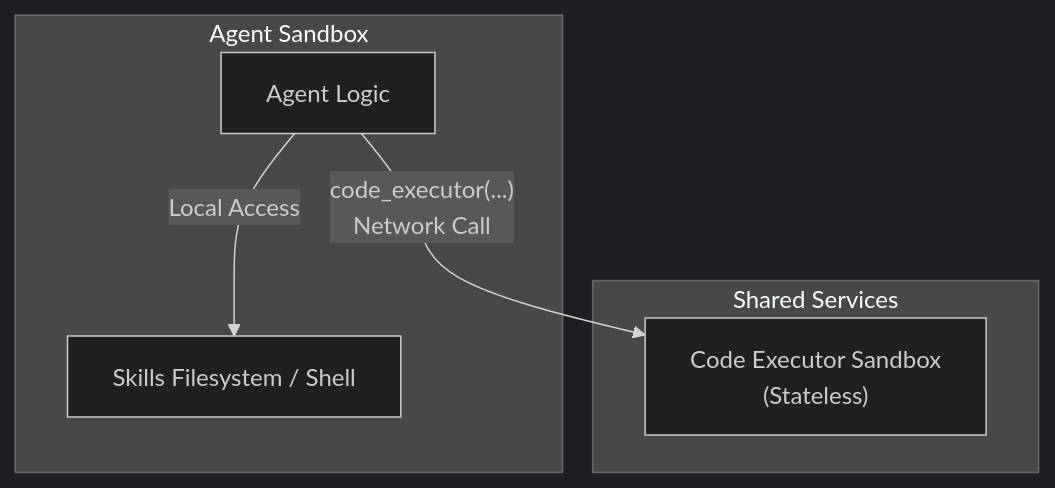
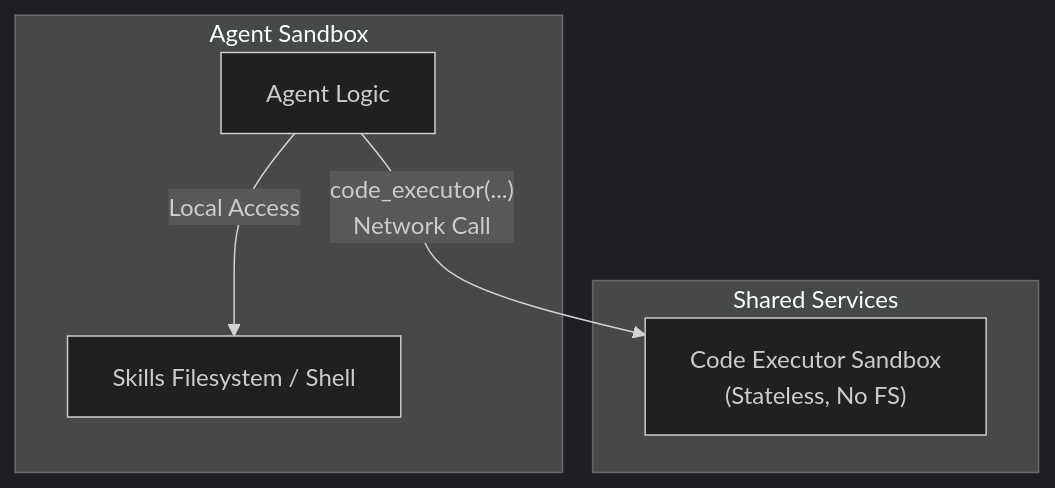
The first of 3 diagrams in designs/skills_architecture.md (supreme-gg-gg/adk-python), drawn with Mermaid (dark theme) before and after one commit. The commit also changed other lines of this file and 9 other files, not shown here.

````diff
--- a/designs/skills_architecture.md
+++ b/designs/skills_architecture.md
@@ -23,14 +22,14 @@
 ```mermaid
 graph TD
     subgraph "Agent Sandbox"
         Agent[Agent Logic]
-        SkillsFS[Skills Filesystem / Shell]
+        SkillsFS["Skills Filesystem / Shell"]
         Agent -- Local Access --> SkillsFS
     end
 
     subgraph "Shared Services"
-        CodeExecutorService["Code Executor Sandbox<br/>(Stateless)"]
+        CodeExecutorService["Code Executor Sandbox<br/>(Stateless, No FS)"]
     end
 
     Agent -- "code_executor(...)"<br/>Network Call --> CodeExecutorService
 ```
````
